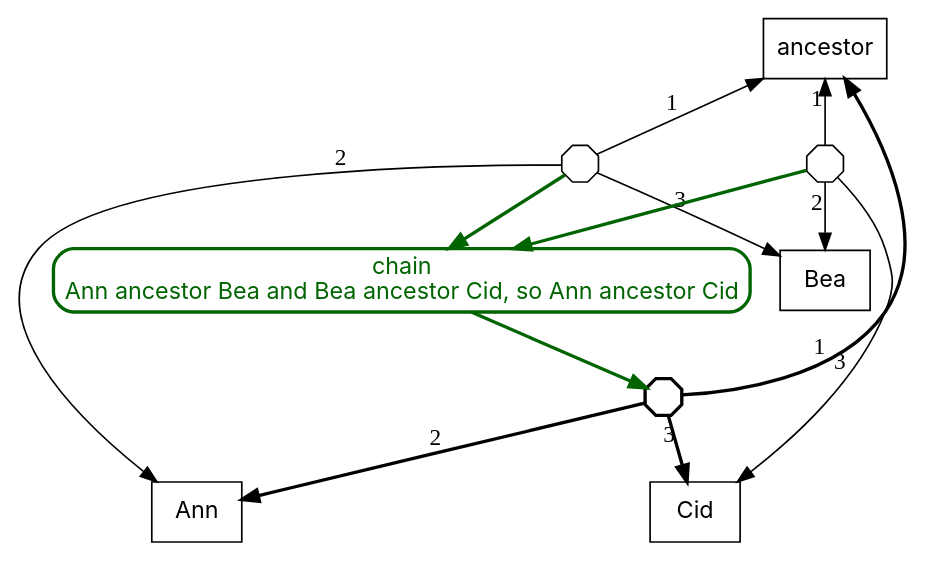
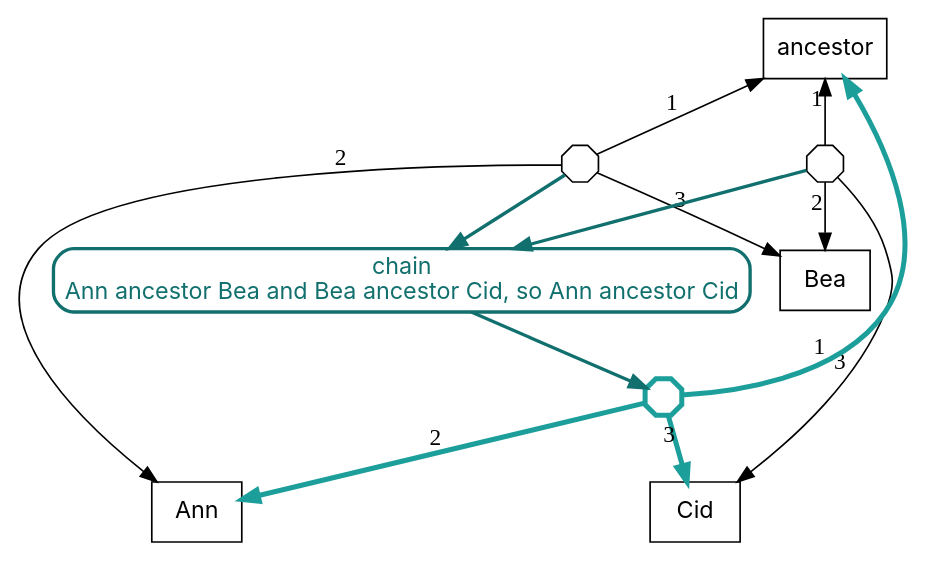
The diagram in docs/ein/user/03-syntax-and-semantics/diagrams/05-firing.dot (agutikov/ein), drawn with Graphviz before and after one commit. The commit also changed 31 other files, not shown here.

```diff
--- a/docs/ein/user/03-syntax-and-semantics/diagrams/05-firing.dot
+++ b/docs/ein/user/03-syntax-and-semantics/diagrams/05-firing.dot
@@ -1,21 +1,21 @@
 digraph step4 {
   rankdir=TB;
   node [fontname="Inter", shape=box];
   ranksep=0.55;
   "f_0d0f2e8c80" [shape=octagon, label="", width=0.3, height=0.3, fixedsize=true];
   "f_03bbfb1dff" [shape=octagon, label="", width=0.3, height=0.3, fixedsize=true];
-  "f_b8f7bcae1f" [shape=octagon, label="", width=0.3, height=0.3, fixedsize=true, penwidth=2];
-  "fire0_chain" [shape=box, style="rounded", color="#006400", fontcolor="#006400", penwidth=2, label="chain\nAnn ancestor Bea and Bea ancestor Cid, so Ann ancestor Cid"];
+  "f_b8f7bcae1f" [shape=octagon, label="", width=0.3, height=0.3, fixedsize=true, color="#1c9e9a", fontcolor="#1c9e9a", penwidth=3];
+  "fire0_chain" [shape=box, style="rounded", color="#11706e", fontcolor="#11706e", penwidth=2, label="chain\nAnn ancestor Bea and Bea ancestor Cid, so Ann ancestor Cid"];
   "ancestor" -> "f_0d0f2e8c80" [xlabel="1", dir=back];
   "f_0d0f2e8c80" -> "Ann" [xlabel="2"];
   "f_0d0f2e8c80" -> "Bea" [xlabel="3"];
   "ancestor" -> "f_03bbfb1dff" [xlabel="1", dir=back];
   "f_03bbfb1dff" -> "Bea" [xlabel="2"];
   "f_03bbfb1dff" -> "Cid" [xlabel="3"];
-  "ancestor" -> "f_b8f7bcae1f" [xlabel="1", dir=back, penwidth=2];
-  "f_b8f7bcae1f" -> "Ann" [xlabel="2", penwidth=2];
-  "f_b8f7bcae1f" -> "Cid" [xlabel="3", penwidth=2];
-  "f_0d0f2e8c80" -> "fire0_chain" [color="#006400", penwidth=2];
-  "f_03bbfb1dff" -> "fire0_chain" [color="#006400", penwidth=2];
-  "fire0_chain" -> "f_b8f7bcae1f" [color="#006400", penwidth=2];
+  "ancestor" -> "f_b8f7bcae1f" [xlabel="1", dir=back, color="#1c9e9a", penwidth=3];
+  "f_b8f7bcae1f" -> "Ann" [xlabel="2", color="#1c9e9a", penwidth=3];
+  "f_b8f7bcae1f" -> "Cid" [xlabel="3", color="#1c9e9a", penwidth=3];
+  "f_0d0f2e8c80" -> "fire0_chain" [color="#11706e", penwidth=2];
+  "f_03bbfb1dff" -> "fire0_chain" [color="#11706e", penwidth=2];
+  "fire0_chain" -> "f_b8f7bcae1f" [color="#11706e", penwidth=2];
 }
```
